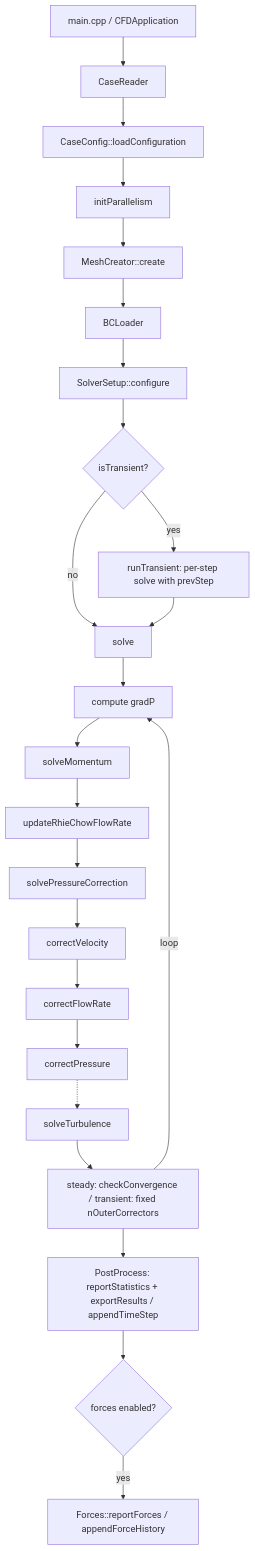
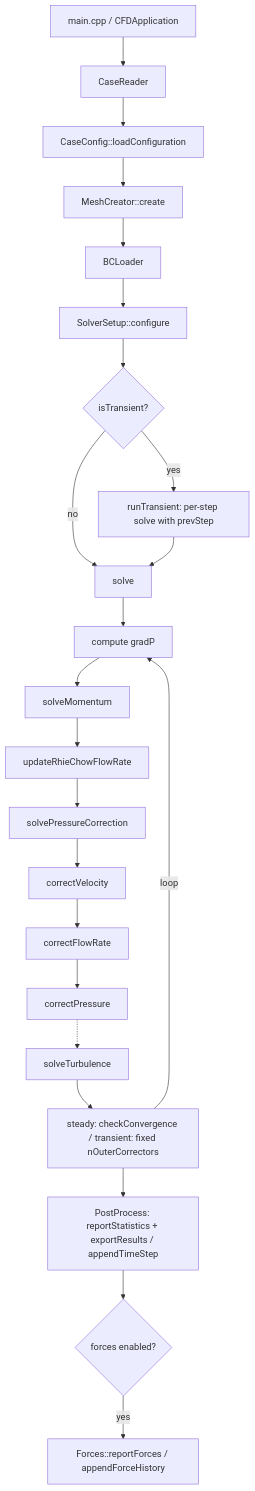
One commit to mohamed-i-mousa/my-fv-solver changed the diagram in docs/DEVELOPER_GUIDE.md. Above: the diagram before and after it, drawn with Mermaid. The commit also changed other lines of this file and 26 other files, not shown here.

````diff
--- a/docs/DEVELOPER_GUIDE.md
+++ b/docs/DEVELOPER_GUIDE.md
@@ -1198,26 +1124,25 @@
 ```mermaid
 flowchart TD
   A[main.cpp / CFDApplication] --> B[CaseReader]
   B --> C[CaseConfig::loadConfiguration]
-  C --> D[initParallelism]
-  D --> E[MeshCreator::create]
+  C --> E[MeshCreator::create]
   E --> F[BCLoader]
   F --> G[SolverSetup::configure]
   G --> G2{isTransient?}
   G2 -->|no| H[solve]
   G2 -->|yes| H2[runTransient: per-step solve with prevStep]
   H2 --> H
   H --> I[compute gradP]
   I --> J[solveMomentum]
   J --> K[updateRhieChowFlowRate]
   K --> L[solvePressureCorrection]
   L --> M[correctVelocity]
   M --> N[correctFlowRate]
   N --> O[correctPressure]
   O -.-> T[solveTurbulence]
   T --> P[steady: checkConvergence / transient: fixed nOuterCorrectors]
   P -->|loop| I
   P --> Q[PostProcess: reportStatistics + exportResults / appendTimeStep]
   Q --> R{forces enabled?}
   R -->|yes| S[Forces::reportForces / appendForceHistory]
 ```
````
